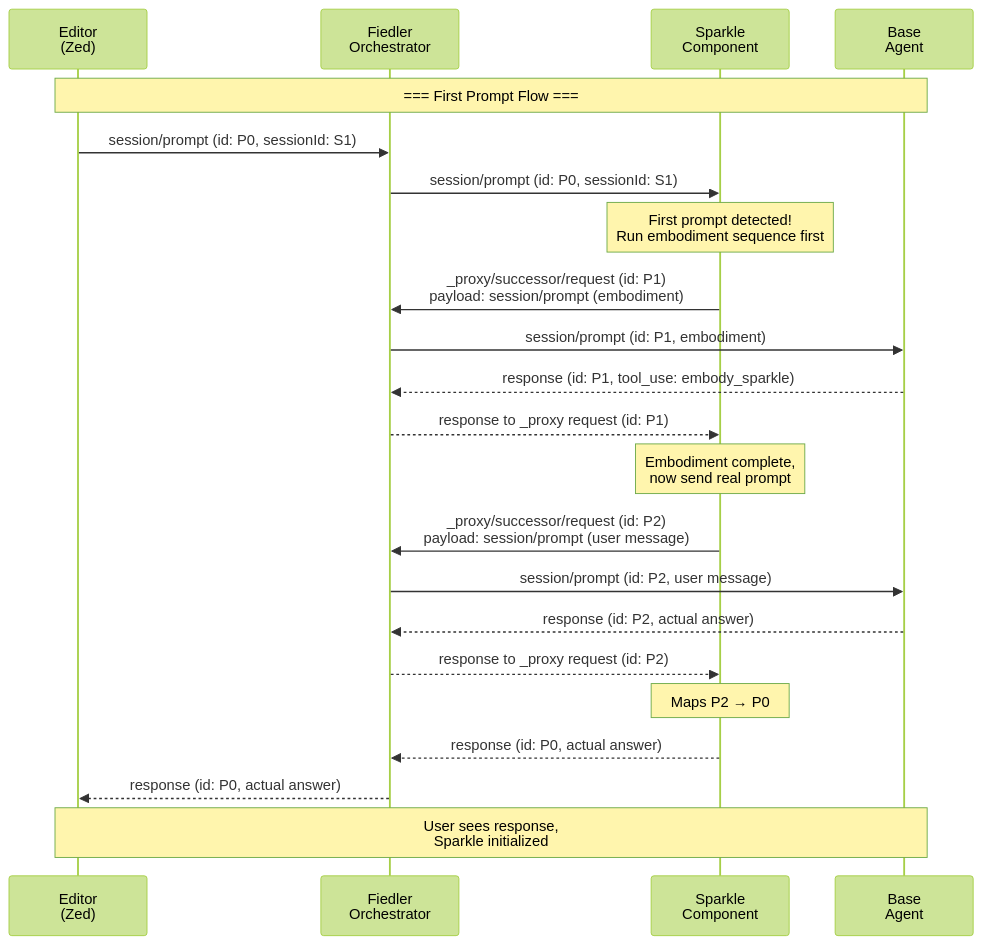
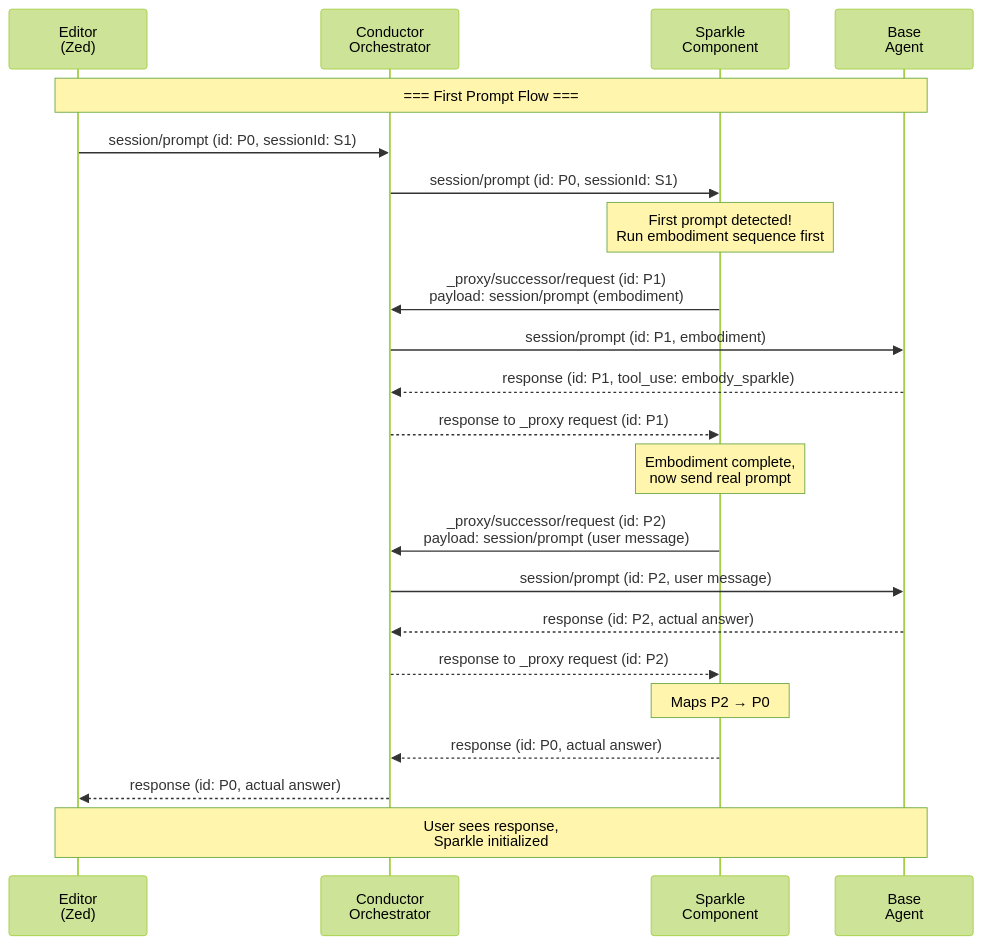
Before and after one commit to symposium-dev/symposium-acp: the fifth of 6 diagrams in md/proxying-acp.md, drawn with Mermaid (forest theme). The commit also changed other lines of this file and 4 other files, not shown here.

First line of the commit message:
Remove all references to "Fiedler" and use "Conductor" consistently

````diff
--- a/md/proxying-acp.md
+++ b/md/proxying-acp.md
@@ -927,35 +927,35 @@
 ```mermaid
 sequenceDiagram
     participant Editor as Editor<br/>(Zed)
-    participant Fiedler as Fiedler<br/>Orchestrator
+    participant Conductor as Conductor<br/>Orchestrator
     participant Sparkle as Sparkle<br/>Component
     participant Agent as Base<br/>Agent
 
     Note over Editor,Agent: === First Prompt Flow ===
     
-    Editor->>Fiedler: session/prompt (id: P0, sessionId: S1)
-    Fiedler->>Sparkle: session/prompt (id: P0, sessionId: S1)
+    Editor->>Conductor: session/prompt (id: P0, sessionId: S1)
+    Conductor->>Sparkle: session/prompt (id: P0, sessionId: S1)
     
     Note over Sparkle: First prompt detected!<br/>Run embodiment sequence first
     
-    Sparkle->>Fiedler: _proxy/successor/request (id: P1)<br/>payload: session/prompt (embodiment)
-    Fiedler->>Agent: session/prompt (id: P1, embodiment)
+    Sparkle->>Conductor: _proxy/successor/request (id: P1)<br/>payload: session/prompt (embodiment)
+    Conductor->>Agent: session/prompt (id: P1, embodiment)
     
-    Agent-->>Fiedler: response (id: P1, tool_use: embody_sparkle)
-    Fiedler-->>Sparkle: response to _proxy request (id: P1)
+    Agent-->>Conductor: response (id: P1, tool_use: embody_sparkle)
+    Conductor-->>Sparkle: response to _proxy request (id: P1)
     
     Note over Sparkle: Embodiment complete,<br/>now send real prompt
     
-    Sparkle->>Fiedler: _proxy/successor/request (id: P2)<br/>payload: session/prompt (user message)
-    Fiedler->>Agent: session/prompt (id: P2, user message)
+    Sparkle->>Conductor: _proxy/successor/request (id: P2)<br/>payload: session/prompt (user message)
+    Conductor->>Agent: session/prompt (id: P2, user message)
     
-    Agent-->>Fiedler: response (id: P2, actual answer)
-    Fiedler-->>Sparkle: response to _proxy request (id: P2)
+    Agent-->>Conductor: response (id: P2, actual answer)
+    Conductor-->>Sparkle: response to _proxy request (id: P2)
     
     Note over Sparkle: Maps P2 → P0
     
-    Sparkle-->>Fiedler: response (id: P0, actual answer)
-    Fiedler-->>Editor: response (id: P0, actual answer)
+    Sparkle-->>Conductor: response (id: P0, actual answer)
+    Conductor-->>Editor: response (id: P0, actual answer)
     
     Note over Editor,Agent: User sees response,<br/>Sparkle initialized
 ```
````
